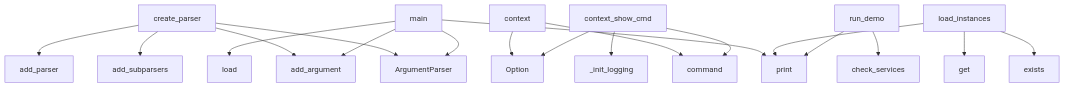
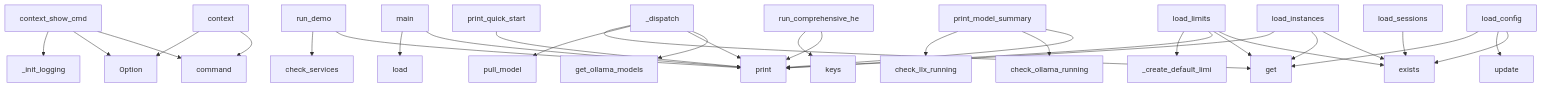
The diagram in project/context.md (semcod/llx), drawn with Mermaid before and after one commit. The commit also changed other lines of this file and 32 other files, not shown here.

````diff
--- a/project/context.md
+++ b/project/context.md
@@ -588,21 +608,33 @@
 ```mermaid
 graph TD
-    create_parser --> ArgumentParser
-    create_parser --> add_argument
-    create_parser --> add_subparsers
-    create_parser --> add_parser
-    main --> ArgumentParser
-    main --> add_argument
     main --> print
     context --> command
     context --> Option
+    _dispatch --> get_ollama_models
+    _dispatch --> print
+    _dispatch --> pull_model
+    _dispatch --> get
     context_show_cmd --> command
     context_show_cmd --> Option
     context_show_cmd --> _init_logging
+    main --> load
     load_instances --> exists
     load_instances --> get
     load_instances --> print
-    main --> load
     run_demo --> print
     run_demo --> check_services
+    run_comprehensive_he --> print
+    run_comprehensive_he --> keys
+    print_quick_start --> print
+    print_model_summary --> print
+    print_model_summary --> check_ollama_running
+    print_model_summary --> check_llx_running
+    load_config --> exists
+    load_config --> update
+    load_config --> get
+    load_limits --> exists
+    load_limits --> get
+    load_limits --> print
+    load_limits --> _create_default_limi
+    load_sessions --> exists
 ```
````
